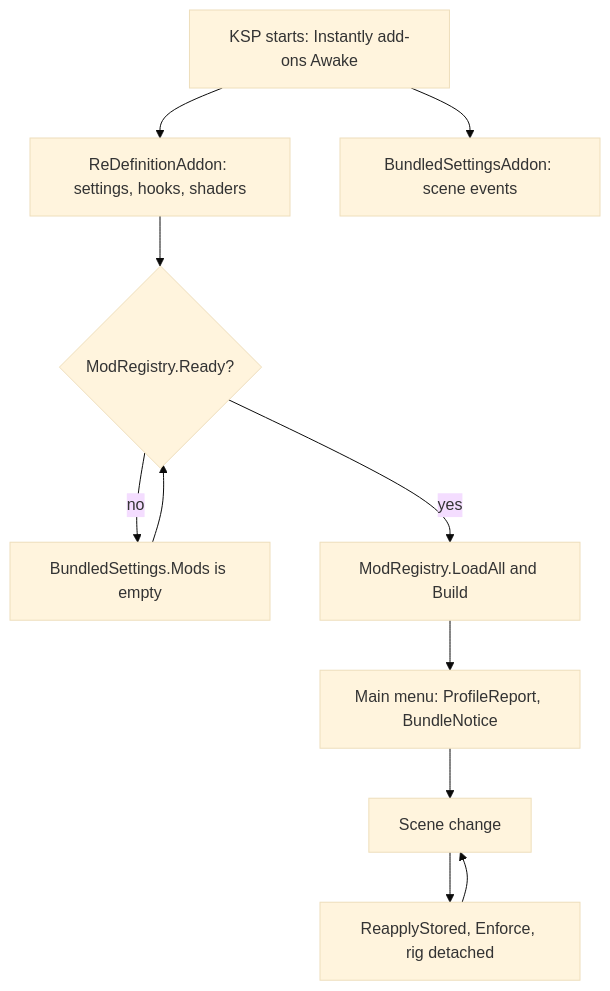
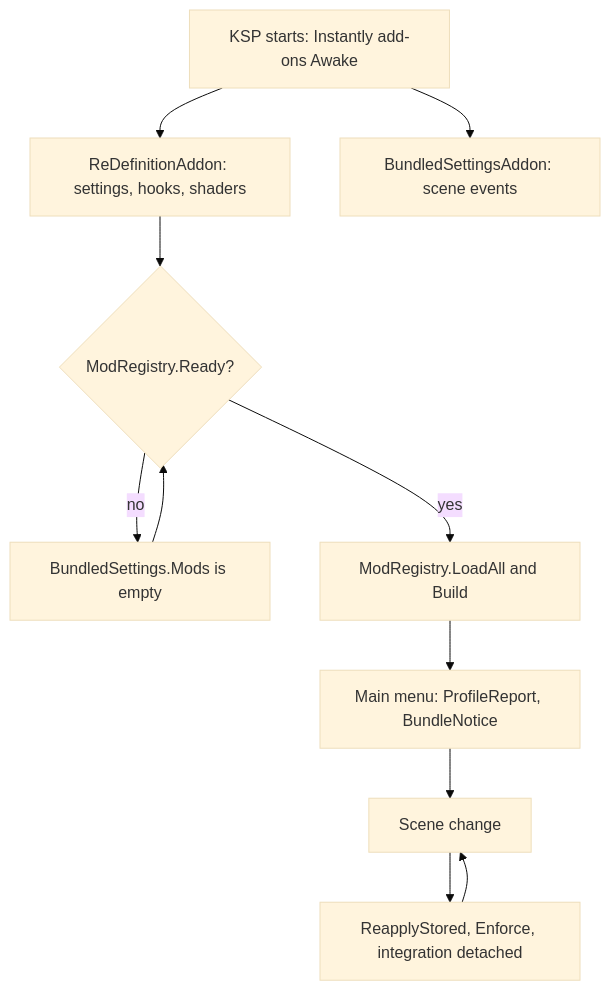
The diagram in docs/development/flow-startup.md (CaptainKeyboard/ReDefinition), drawn with Mermaid (base theme) before and after one commit. The commit also changed other lines of this file and 192 other files, not shown here.

````diff
--- a/docs/development/flow-startup.md
+++ b/docs/development/flow-startup.md
@@ -43,13 +43,13 @@
 ```mermaid
 flowchart TD
     A["KSP starts: Instantly add-ons Awake"] --> B["ReDefinitionAddon: settings, hooks, shaders"]
     A --> C["BundledSettingsAddon: scene events"]
     B --> D{"ModRegistry.Ready?"}
     D -- no --> E["BundledSettings.Mods is empty"]
     E --> D
     D -- yes --> F["ModRegistry.LoadAll and Build"]
     F --> G["Main menu: ProfileReport, BundleNotice"]
     G --> H["Scene change"]
-    H --> I["ReapplyStored, Enforce, rig detached"]
+    H --> I["ReapplyStored, Enforce, integration detached"]
     I --> H
 ```
````
